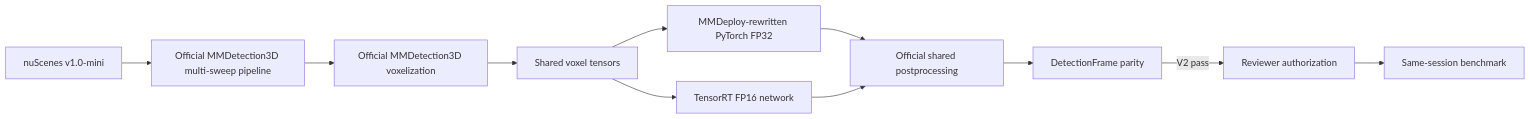
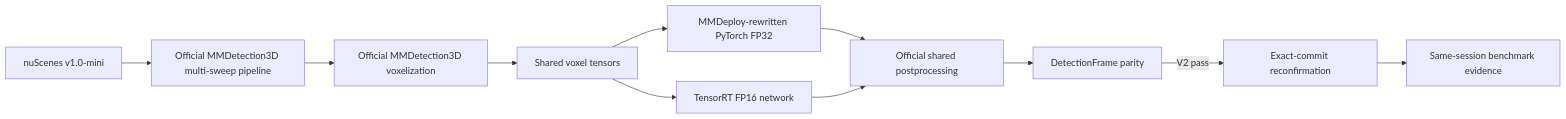
One commit to muhammadmahadazher/laserperception changed the diagram in README.md. Above: the diagram before and after it, drawn with Mermaid. The commit also changed other lines of this file and 7 other files, not shown here.

Commit message:
docs(deploy): record M2 same-session evidence

````diff
--- a/README.md
+++ b/README.md
@@ -60,13 +61,13 @@
 ```mermaid
 flowchart LR
     A["nuScenes v1.0-mini"] --> B["Official MMDetection3D multi-sweep pipeline"]
     B --> C["Official MMDetection3D voxelization"]
     C --> D["Shared voxel tensors"]
     D --> E["MMDeploy-rewritten PyTorch FP32"]
     D --> F["TensorRT FP16 network"]
     E --> G["Official shared postprocessing"]
     F --> G
     G --> H["DetectionFrame parity"]
-    H -->|"V2 pass"| I["Reviewer authorization"]
-    I --> J["Same-session benchmark"]
+    H -->|"V2 pass"| I["Exact-commit reconfirmation"]
+    I --> J["Same-session benchmark evidence"]
 ```
````
